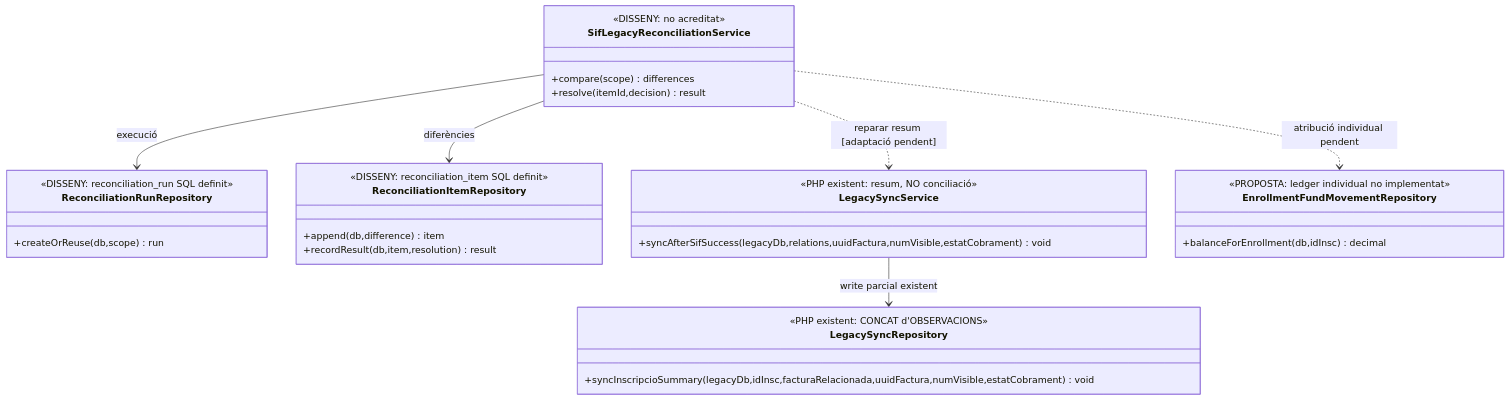
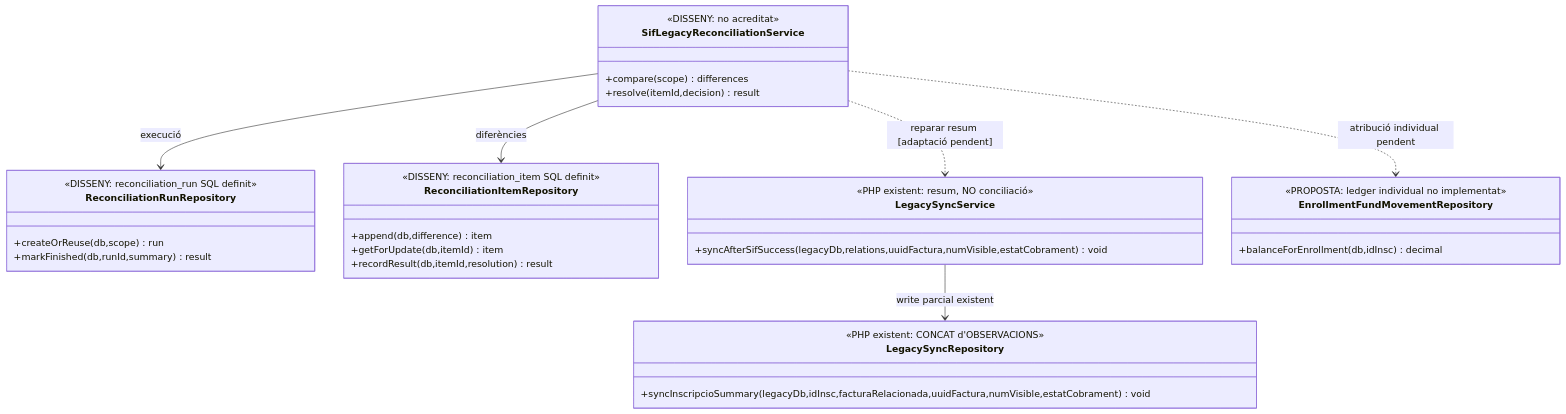
One commit to orgmeriemprismacat-del/verifactu changed the second of 7 diagrams in documentacio/07-uml-integrat/uc-082-reconciliar-sif-bd-llegada.md. Above: the diagram before and after it, drawn with Mermaid. The commit also changed other lines of this file, not shown here.

Commit message:
docs(uml): UC-82 separa run versionat i reintent de lot de resolució UC-53 per item

````diff
--- a/documentacio/07-uml-integrat/uc-082-reconciliar-sif-bd-llegada.md
+++ b/documentacio/07-uml-integrat/uc-082-reconciliar-sif-bd-llegada.md
@@ -89,34 +89,36 @@
 ```mermaid
 classDiagram
 class SifLegacyReconciliationService {
  <<DISSENY: no acreditat>>
  +compare(scope) differences
  +resolve(itemId,decision) result
 }
 class ReconciliationRunRepository {
  <<DISSENY: reconciliation_run SQL definit>>
  +createOrReuse(db,scope) run
+ +markFinished(db,runId,summary) result
 }
 class ReconciliationItemRepository {
  <<DISSENY: reconciliation_item SQL definit>>
  +append(db,difference) item
- +recordResult(db,item,resolution) result
+ +getForUpdate(db,itemId) item
+ +recordResult(db,itemId,resolution) result
 }
 class LegacySyncService {
  <<PHP existent: resum, NO conciliació>>
  +syncAfterSifSuccess(legacyDb,relations,uuidFactura,numVisible,estatCobrament) void
 }
 class LegacySyncRepository {
  <<PHP existent: CONCAT d'OBSERVACIONS>>
  +syncInscripcioSummary(legacyDb,idInsc,facturaRelacionada,uuidFactura,numVisible,estatCobrament) void
 }
 class EnrollmentFundMovementRepository {
  <<PROPOSTA: ledger individual no implementat>>
  +balanceForEnrollment(db,idInsc) decimal
 }
 SifLegacyReconciliationService --> ReconciliationRunRepository : execució
 SifLegacyReconciliationService --> ReconciliationItemRepository : diferències
 SifLegacyReconciliationService ..> LegacySyncService : reparar resum [adaptació pendent]
 LegacySyncService --> LegacySyncRepository : write parcial existent
 SifLegacyReconciliationService ..> EnrollmentFundMovementRepository : atribució individual pendent
 ```
````
